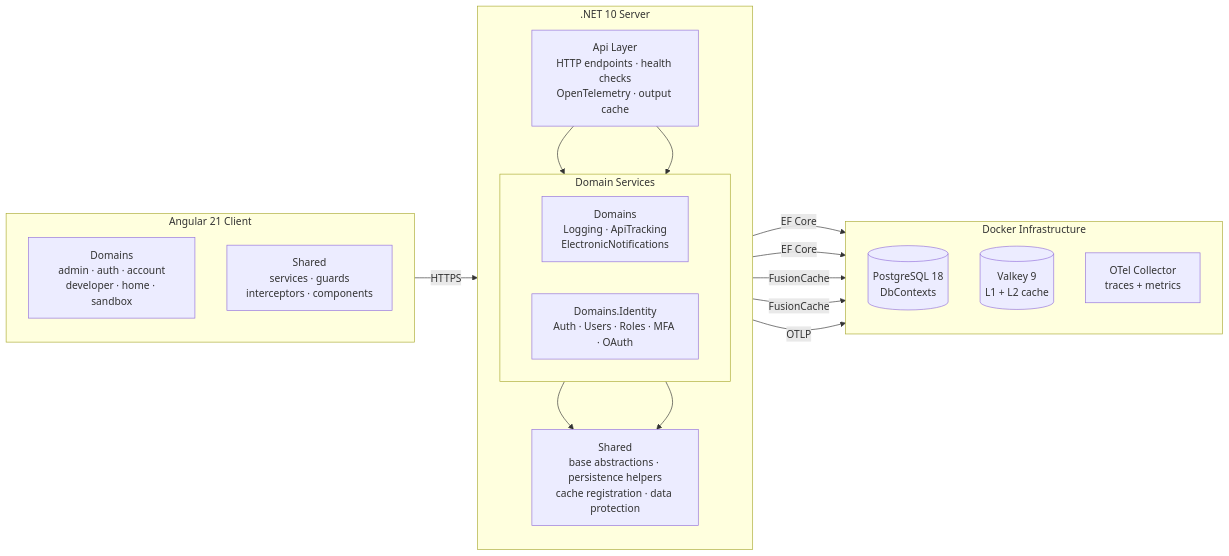
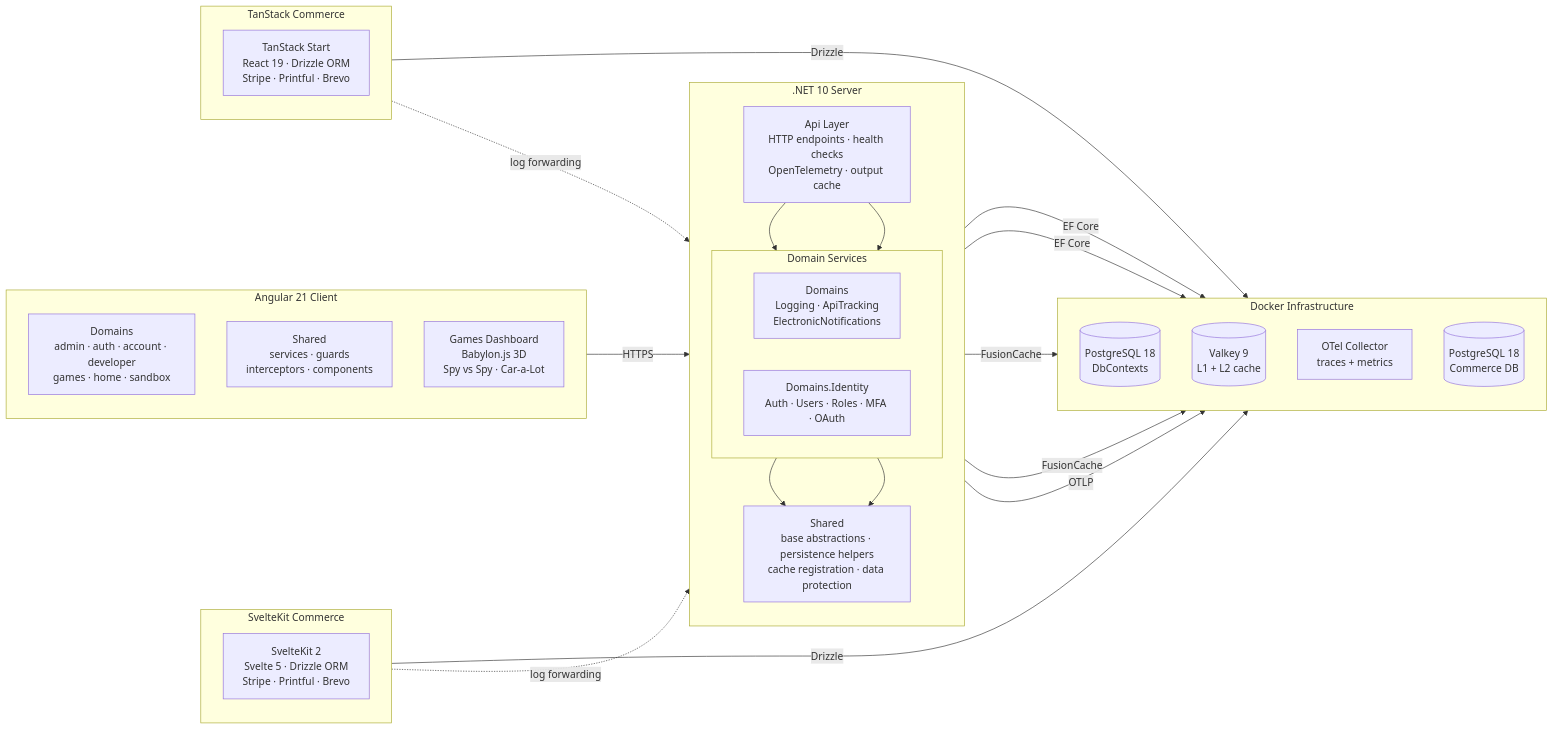
One commit to actionjacksonthegoat-debug/SeventySix changed the first of 2 diagrams in README.md. Above: the diagram before and after it, drawn with Mermaid. The commit also changed other lines of this file and 11 other files, not shown here.

````diff
--- a/README.md
+++ b/README.md
@@ -240,37 +262,53 @@
 ```mermaid
 flowchart LR
     subgraph Client["Angular 21 Client"]
         direction TB
-        AppDomains["Domains<br/>admin · auth · account<br/>developer · home · sandbox"]
+        AppDomains["Domains<br/>admin · auth · account · developer<br/>games · home · sandbox"]
         AppShared["Shared<br/>services · guards<br/>interceptors · components"]
+        Games["Games Dashboard<br/>Babylon.js 3D<br/>Spy vs Spy · Car-a-Lot"]
     end
 
     subgraph Server[".NET 10 Server"]
         direction TB
         Api["Api Layer<br/>HTTP endpoints · health checks<br/>OpenTelemetry · output cache"]
         subgraph DomainGroup["Domain Services"]
             direction LR
             DomainLayer["Domains<br/>Logging · ApiTracking<br/>ElectronicNotifications"]
             Identity["Domains.Identity<br/>Auth · Users · Roles · MFA · OAuth"]
         end
         SharedServer["Shared<br/>base abstractions · persistence helpers<br/>cache registration · data protection"]
         Api --> DomainLayer
         Api --> Identity
         DomainLayer --> SharedServer
         Identity --> SharedServer
     end
 
+    subgraph SvelteKit["SvelteKit Commerce"]
+        direction TB
+        SvelteApp["SvelteKit 2<br/>Svelte 5 · Drizzle ORM<br/>Stripe · Printful · Brevo"]
+    end
+
+    subgraph TanStack["TanStack Commerce"]
+        direction TB
+        TanStackApp["TanStack Start<br/>React 19 · Drizzle ORM<br/>Stripe · Printful · Brevo"]
+    end
+
     subgraph Infra["Docker Infrastructure"]
         direction TB
         PG[("PostgreSQL 18<br/>DbContexts")]
         VK[("Valkey 9<br/>L1 + L2 cache")]
         OT["OTel Collector<br/>traces + metrics"]
+        PGCommerce[("PostgreSQL 18<br/>Commerce DB")]
     end
 
     Client -->|HTTPS| Api
     DomainLayer -->|EF Core| PG
     Identity -->|EF Core| PG
     DomainLayer -->|FusionCache| VK
     Identity -->|FusionCache| VK
     Api -->|OTLP| OT
+    SvelteApp -->|Drizzle| PGCommerce
+    TanStackApp -->|Drizzle| PGCommerce
+    SvelteApp -.->|log forwarding| Api
+    TanStackApp -.->|log forwarding| Api
 ```
````
